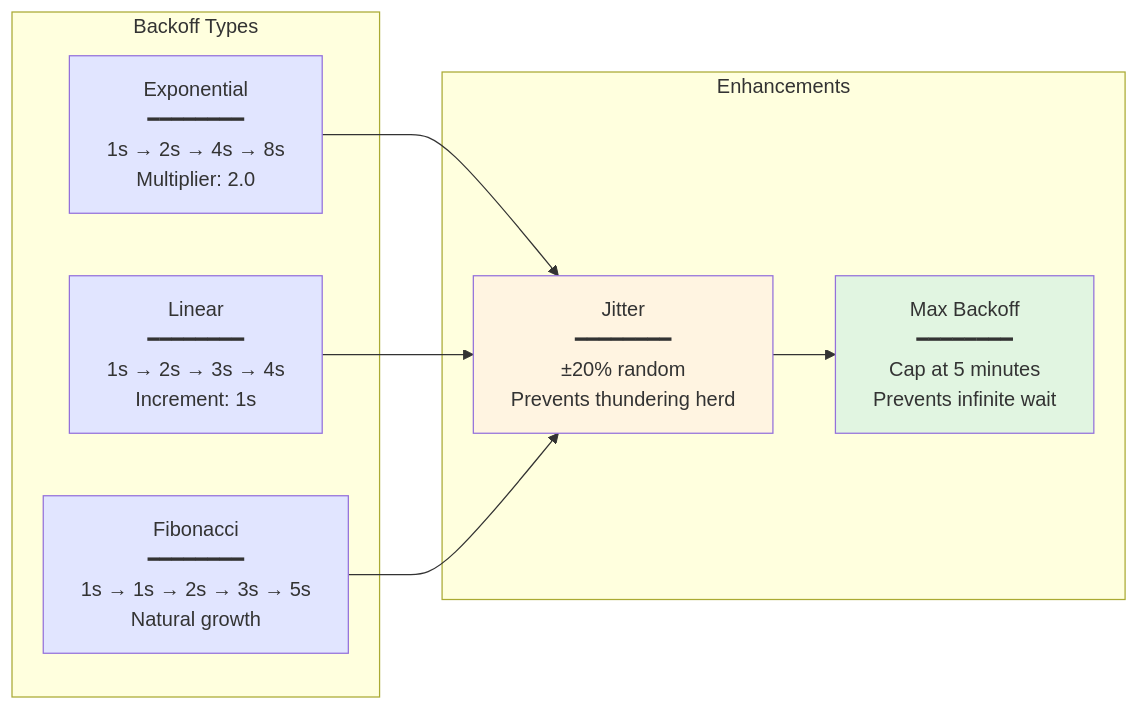
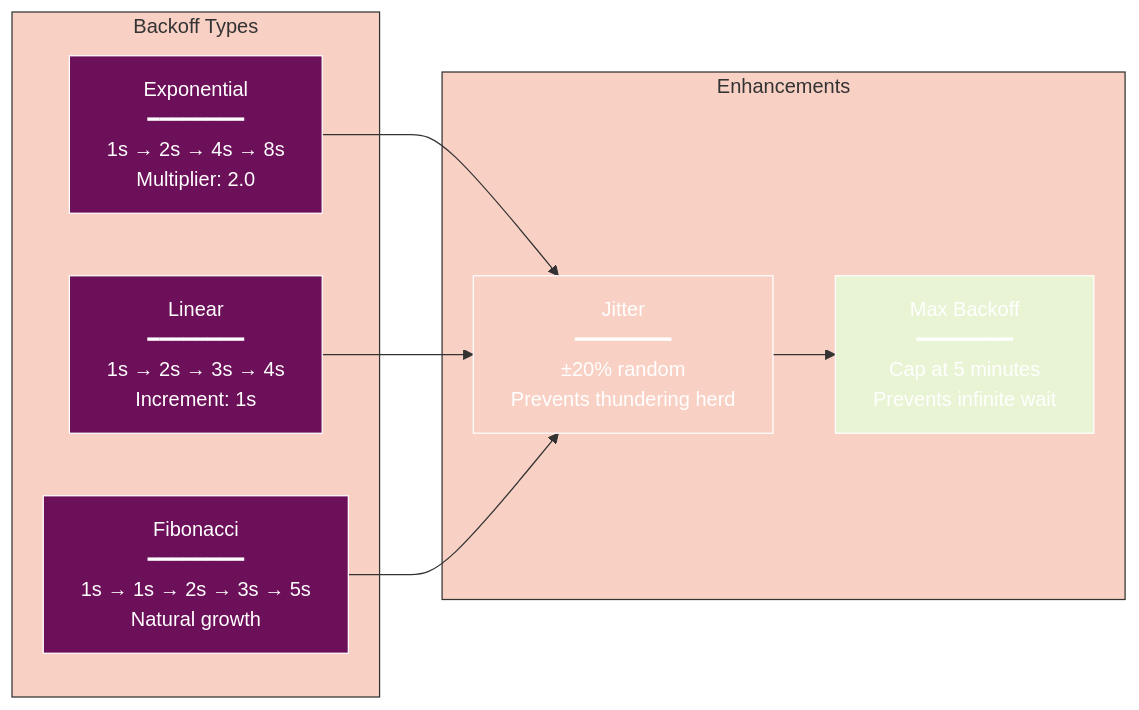
The fifth of 5 diagrams in docs/performance/ADAPTIVE_CIRCUIT_BREAKER.md (radicalkjax/Athena), drawn with Mermaid before and after one commit. The commit also changed other lines of this file and 27 other files, not shown here.

Commit message:
Introduction of expo package manager. Updated docs to reflect changes. Unified mermaid theme for docs.

````diff
--- a/docs/performance/ADAPTIVE_CIRCUIT_BREAKER.md
+++ b/docs/performance/ADAPTIVE_CIRCUIT_BREAKER.md
@@ -314,25 +398,46 @@
 ```mermaid
+%%{init: {
+  'theme': 'base',
+  'themeVariables': {
+    'primaryColor': '#6d105a',
+    'primaryTextColor': '#ffffff',
+    'primaryBorderColor': '#ffffff',
+    'lineColor': '#333333',
+    'secondaryColor': '#e8f4d4',
+    'secondaryTextColor': '#333333',
+    'secondaryBorderColor': '#333333',
+    'tertiaryColor': '#f9d0c4',
+    'tertiaryTextColor': '#333333',
+    'tertiaryBorderColor': '#333333',
+    'background': '#ffffff',
+    'mainBkg': '#6d105a',
+    'secondBkg': '#e8f4d4',
+    'tertiaryBkg': '#f9d0c4',
+    'textColor': '#333333',
+    'fontFamily': 'Arial, sans-serif'
+  }
+}}%%
 graph LR
     subgraph "Backoff Types"
         EXP[Exponential<br/>━━━━━━━━<br/>1s → 2s → 4s → 8s<br/>Multiplier: 2.0]
         LIN[Linear<br/>━━━━━━━━<br/>1s → 2s → 3s → 4s<br/>Increment: 1s]
         FIB[Fibonacci<br/>━━━━━━━━<br/>1s → 1s → 2s → 3s → 5s<br/>Natural growth]
     end
     
     subgraph "Enhancements"
         JITTER[Jitter<br/>━━━━━━━━<br/>±20% random<br/>Prevents thundering herd]
         MAX[Max Backoff<br/>━━━━━━━━<br/>Cap at 5 minutes<br/>Prevents infinite wait]
     end
     
     EXP --> JITTER
     LIN --> JITTER
     FIB --> JITTER
     
     JITTER --> MAX
     
-    style EXP fill:#e1e5ff
-    style LIN fill:#e1e5ff
-    style FIB fill:#e1e5ff
-    style JITTER fill:#fff4e1
-    style MAX fill:#e1f5e1
+    style EXP fill:#6d105a
+    style LIN fill:#6d105a
+    style FIB fill:#6d105a
+    style JITTER fill:#f9d0c4
+    style MAX fill:#e8f4d4
 ```
````
